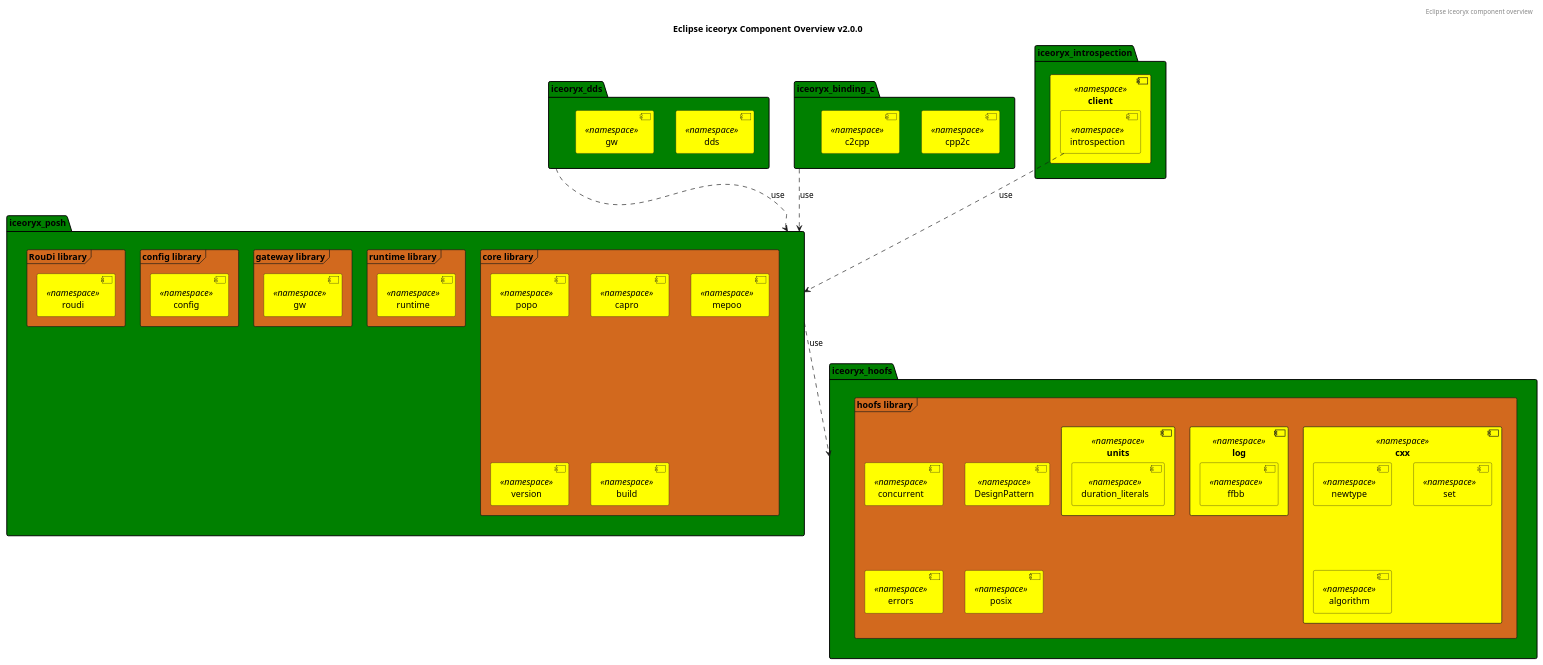
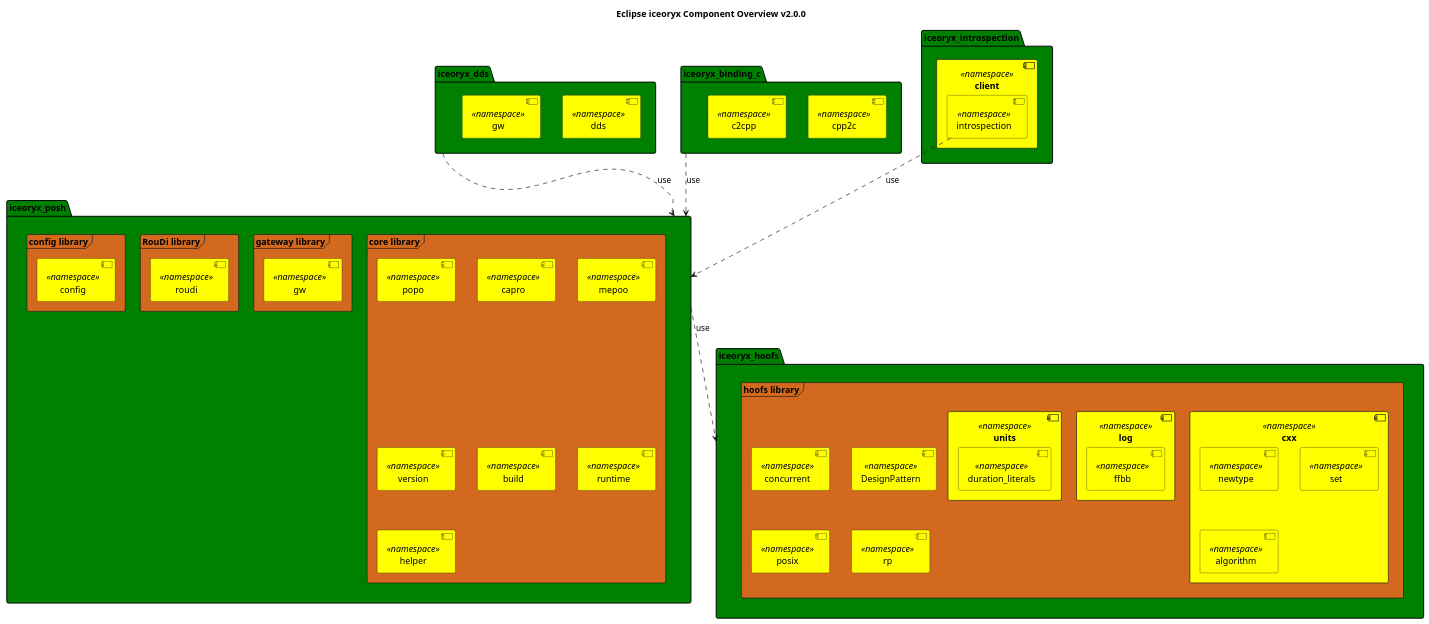
One commit to eclipse-iceoryx/iceoryx changed the diagram in doc/design/diagrams/iceoryx_components_diagram_v2_0_0.puml. Above: the diagram before and after it, drawn with PlantUML. The commit also changed 3 other files, not shown here.

Commit message:
iox-#743 Add .puml component and layer diagrams and their .svg for v2.0

```diff
--- a/doc/design/diagrams/iceoryx_components_diagram_v2_0_0.puml
+++ b/doc/design/diagrams/iceoryx_components_diagram_v2_0_0.puml
@@ -1,103 +1,97 @@
 @startuml
 
 title Eclipse iceoryx Component Overview v2.0.0
 
 skinparam BackgroundColor transparent
 skinparam componentStyle uml2
 
 skinparam component {
    backgroundColor<<namespace>> yellow
 }
 
 skinparam package {
    backgroundColor green
 }
 
 skinparam frame {
    backgroundColor chocolate
 }
 
 ' PlantUML package: CMake package
 ' PlantUML frame: CMake library
 
-header Eclipse iceoryx component overview
-
 ' HOOFS: Helpful Objects Optimised For Safety
 ' Library containing modern C++ STL constructs
 package iceoryx_hoofs  {
    frame "hoofs library" {
       component concurrent <<namespace>>
       component cxx <<namespace>> {
          component newtype <<namespace>>
          component set <<namespace>>
          component algorithm <<namespace>>
       }
       component DesignPattern <<namespace>>
-      component errors <<namespace>>
       component log <<namespace>> {
          component ffbb <<namespace>>
       }
       component units <<namespace>> {
          component duration_literals <<namespace>>
 
       }
       component posix <<namespace>>
+      component rp <<namespace>>
    }
 }
 
 ' POSH: POSIX SHared memory
 ' Publish/subscribe IPC communication infrastructure based on shared memory
 package iceoryx_posh {
    frame "core library" {
       component popo <<namespace>>
       component capro <<namespace>>
       component mepoo <<namespace>>
       component version <<namespace>>
       component build <<namespace>>
-   }
-
-   frame "runtime library" {
       component runtime <<namespace>>
+      component helper <<namespace>>
    }
 
    frame "gateway library" {
       component gw <<namespace>>
    }
 
+   frame "RouDi library" {
+      component roudi <<namespace>>
+   }
+
    frame "config library" {
       component config <<namespace>>
-   }
-
-   component errors <<namespace>>
-
-   frame "RouDi library" {
-      component roudi <<namespace>>
    }
 }
 
 ' DDS: Data Distribution Service
 '
 package iceoryx_dds  {
    component dds <<namespace>>
    component gw <<namespace>> as gateway_dds
 }
 
 ' C-Binding
 package iceoryx_binding_c  {
    component cpp2c <<namespace>>
    component c2cpp <<namespace>>
 }
 
 
 ' Introspection
 package iceoryx_introspection  {
    component client <<namespace>> {
       component introspection <<namespace>>
    }
 }
 
 iceoryx_posh  ..>  iceoryx_hoofs  : use
 iceoryx_dds  ..>  iceoryx_posh  : use
 iceoryx_binding_c  ..>  iceoryx_posh  : use
 introspection  ..>  iceoryx_posh  : use
 @enduml
```
